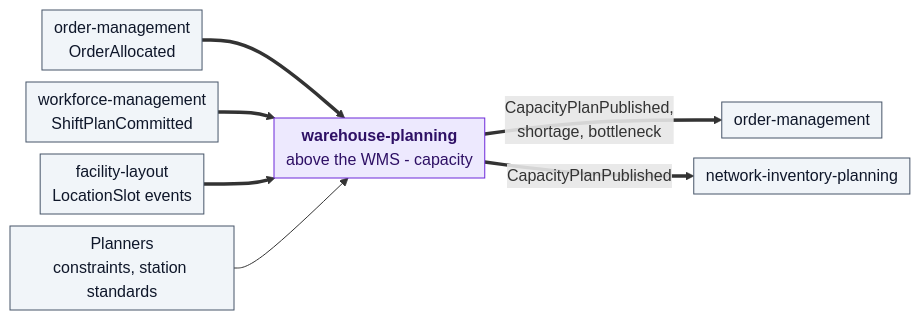
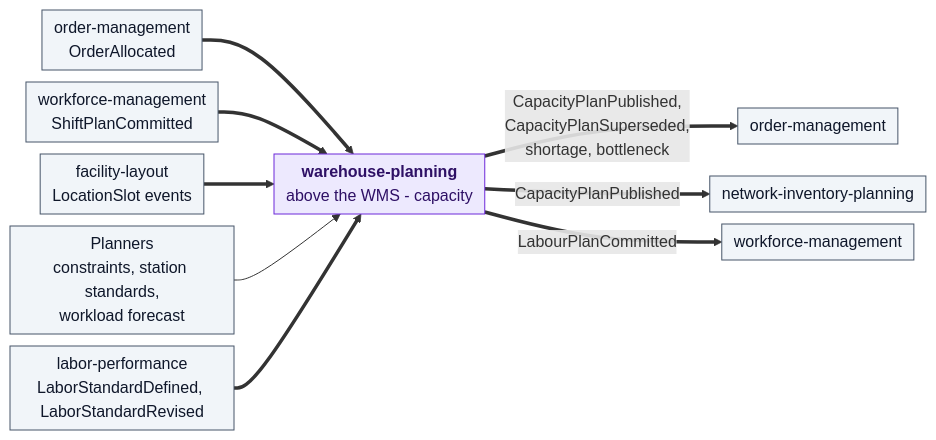
One commit to IQVO/warehouse-docs changed the seventh of 11 diagrams in docs/wms-wes/wes-tier.md. Above: the diagram before and after it, drawn with Mermaid. The commit also changed other lines of this file and 6 other files, not shown here.

````diff
--- a/docs/wms-wes/wes-tier.md
+++ b/docs/wms-wes/wes-tier.md
@@ -316,16 +344,18 @@
 ```mermaid
 %%{init: {"flowchart": {"nodeSpacing": 12, "rankSpacing": 40, "padding": 6}}}%%
 flowchart LR
     IN1["order-management<br/>OrderAllocated"] ==> WPL
     IN2["workforce-management<br/>ShiftPlanCommitted"] ==> WPL
     IN3["facility-layout<br/>LocationSlot events"] ==> WPL
-    IN4["Planners<br/>constraints, station standards"] --> WPL
+    IN4["Planners<br/>constraints, station standards,<br/>workload forecast"] --> WPL
+    IN5["labor-performance<br/>LaborStandardDefined, LaborStandardRevised"] ==> WPL
     WPL["<b>warehouse-planning</b><br/>above the WMS - capacity"]
-    WPL ==>|"CapacityPlanPublished,<br/>shortage, bottleneck"| OUT1["order-management"]
+    WPL ==>|"CapacityPlanPublished,<br/>CapacityPlanSuperseded,<br/>shortage, bottleneck"| OUT1["order-management"]
     WPL ==>|"CapacityPlanPublished"| OUT2["network-inventory-planning"]
+    WPL ==>|"LabourPlanCommitted"| OUT3["workforce-management"]
 
     classDef above fill:#ede9fe,stroke:#6d28d9,color:#2e1065
     classDef other fill:#f1f5f9,stroke:#475569,color:#0f172a
     class WPL above
-    class IN1,IN2,IN3,IN4,OUT1,OUT2 other
+    class IN1,IN2,IN3,IN4,IN5,OUT1,OUT2,OUT3 other
 ```
````
